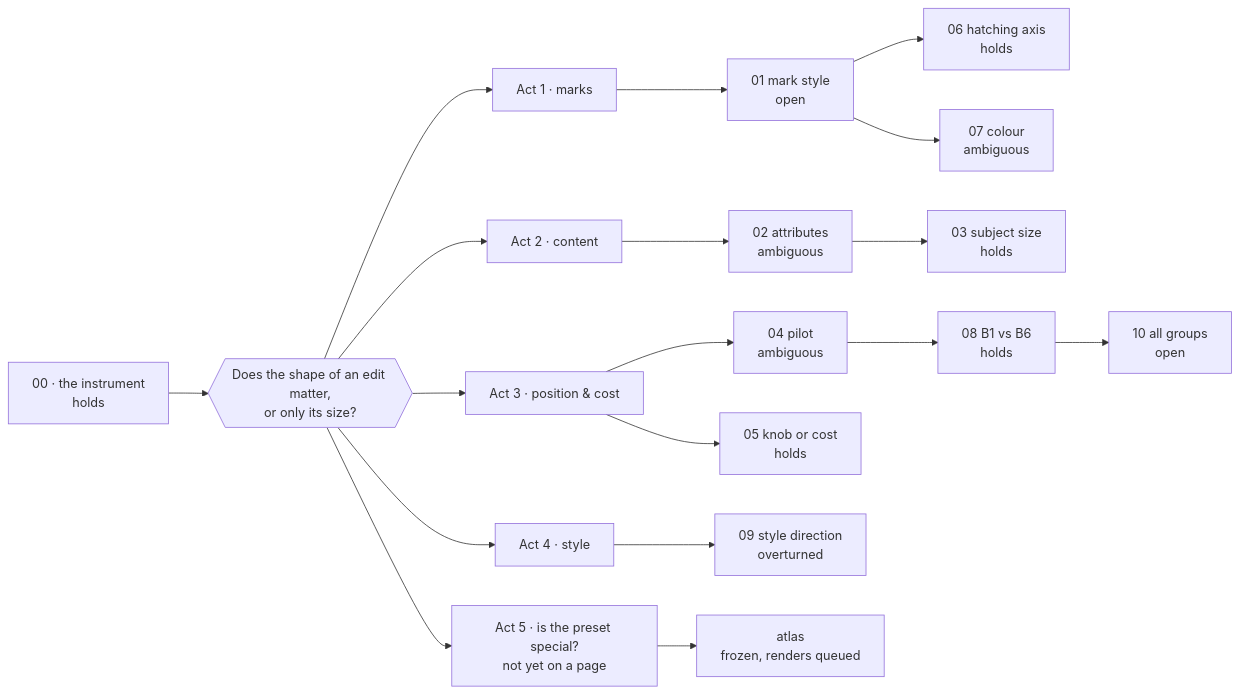
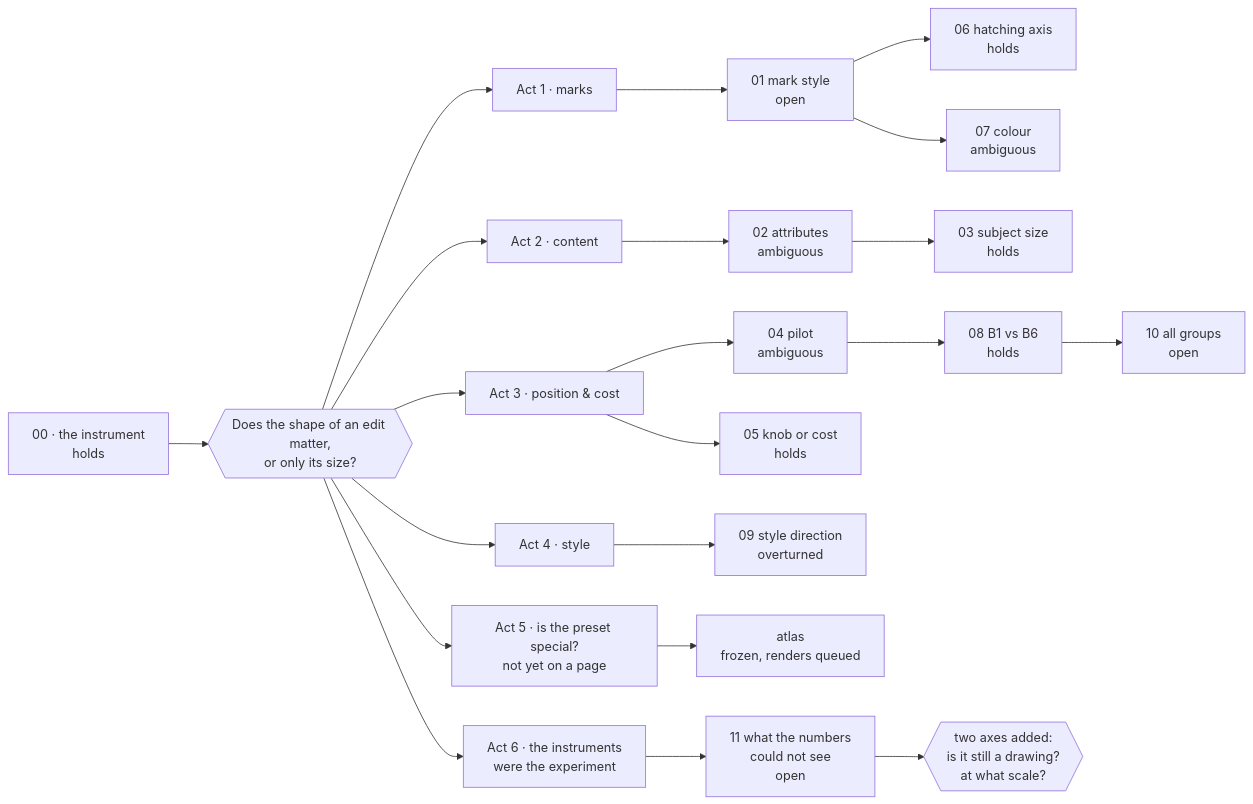
Before and after one commit to aledelpho/diffusion-models-weight-steering-report: the diagram in notebook/STORY.md, drawn with Mermaid. The commit also changed other lines of this file, not shown here.

````diff
--- a/notebook/STORY.md
+++ b/notebook/STORY.md
@@ -287,16 +392,19 @@
 ```mermaid
 flowchart LR
   A0["00 · the instrument<br/>holds"] --> Q{{"Does the shape of an edit matter,<br/>or only its size?"}}
   Q --> A1["Act 1 · marks"]
   Q --> A2["Act 2 · content"]
   Q --> A3["Act 3 · position & cost"]
   Q --> A4["Act 4 · style"]
   A1 --> P01["01 mark style<br/>open"] --> P06["06 hatching axis<br/>holds"]
   P01 --> P07["07 colour<br/>ambiguous"]
   A2 --> P02["02 attributes<br/>ambiguous"] --> P03["03 subject size<br/>holds"]
   A3 --> P04["04 pilot<br/>ambiguous"] --> P08["08 B1 vs B6<br/>holds"] --> P10["10 all groups<br/>open"]
   A3 --> P05["05 knob or cost<br/>holds"]
   A4 --> P09["09 style direction<br/>overturned"]
   Q --> A5["Act 5 · is the preset special?<br/>not yet on a page"]
   A5 --> AT["atlas<br/>frozen, renders queued"]
+  Q --> A6["Act 6 · the instruments<br/>were the experiment"]
+  A6 --> P11["11 what the numbers<br/>could not see<br/>open"]
+  P11 --> NX{{"two axes added:<br/>is it still a drawing?<br/>at what scale?"}}
 ```
````
